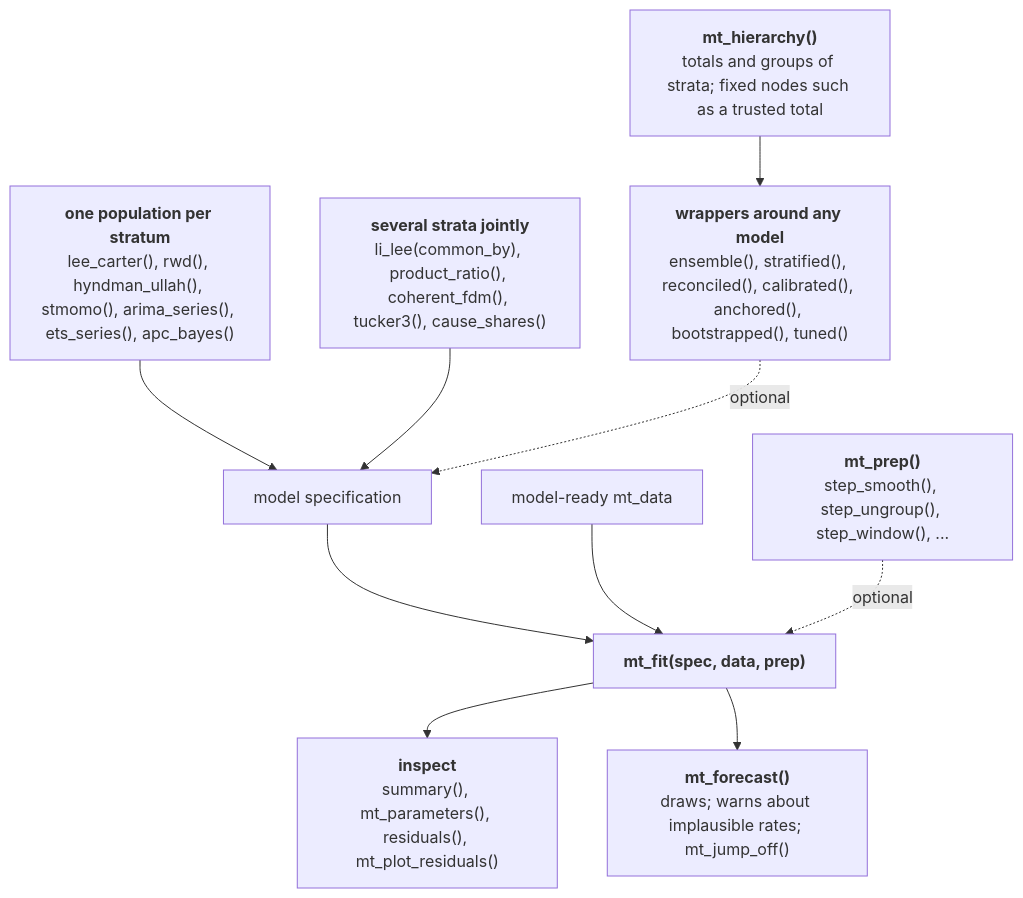
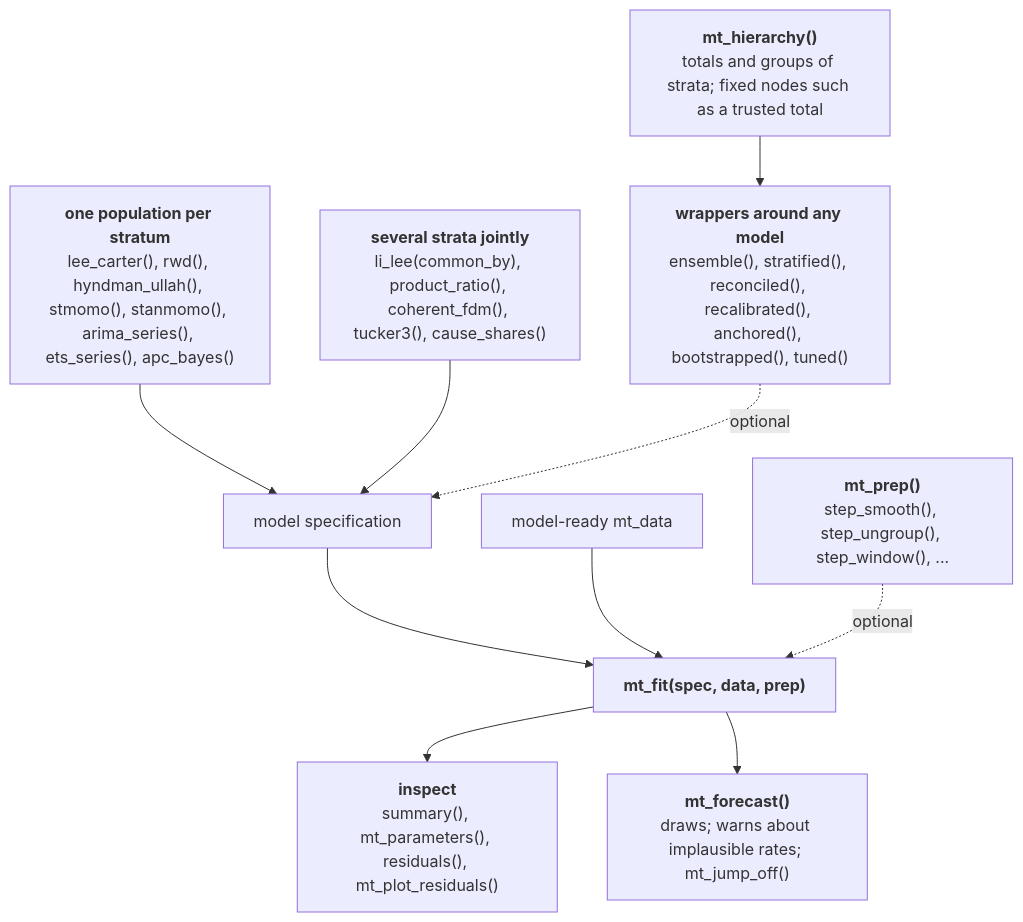
Before and after one commit to kalleEF/mortensor: the third of 5 diagrams in vignettes/articles/function-map.Rmd, drawn with Mermaid. The commit also changed other lines of this file and 38 other files, not shown here.

First line of the commit message:
Add stanmomo(); rename calibrated() to recalibrated()

````diff
--- a/vignettes/articles/function-map.Rmd
+++ b/vignettes/articles/function-map.Rmd
@@ -86,29 +86,29 @@
 ```mermaid
 flowchart TD
   ONE["`**one population per stratum**
-  lee_carter(), rwd(), hyndman_ullah(), stmomo(), arima_series(), ets_series(), apc_bayes()`"]
+  lee_carter(), rwd(), hyndman_ullah(), stmomo(), stanmomo(), arima_series(), ets_series(), apc_bayes()`"]
   MANY["`**several strata jointly**
   li_lee(common_by), product_ratio(), coherent_fdm(), tucker3(), cause_shares()`"]
   H["`**mt_hierarchy()**
   totals and groups of strata; fixed nodes such as a trusted total`"]
   WRAP["`**wrappers around any model**
-  ensemble(), stratified(), reconciled(), calibrated(), anchored(), bootstrapped(), tuned()`"]
+  ensemble(), stratified(), reconciled(), recalibrated(), anchored(), bootstrapped(), tuned()`"]
   SPEC["model specification"]
   M["model-ready mt_data"]
   PREP["`**mt_prep()**
   step_smooth(), step_ungroup(), step_window(), ...`"]
   FIT["`**mt_fit(spec, data, prep)**`"]
   INS["`**inspect**
   summary(), mt_parameters(), residuals(), mt_plot_residuals()`"]
   FC["`**mt_forecast()**
   draws; warns about implausible rates; mt_jump_off()`"]
   ONE --> SPEC
   MANY --> SPEC
   H --> WRAP
   WRAP -. "optional" .-> SPEC
   SPEC --> FIT
   M --> FIT
   PREP -. "optional" .-> FIT
   FIT --> INS
   FIT --> FC
 ```
````
